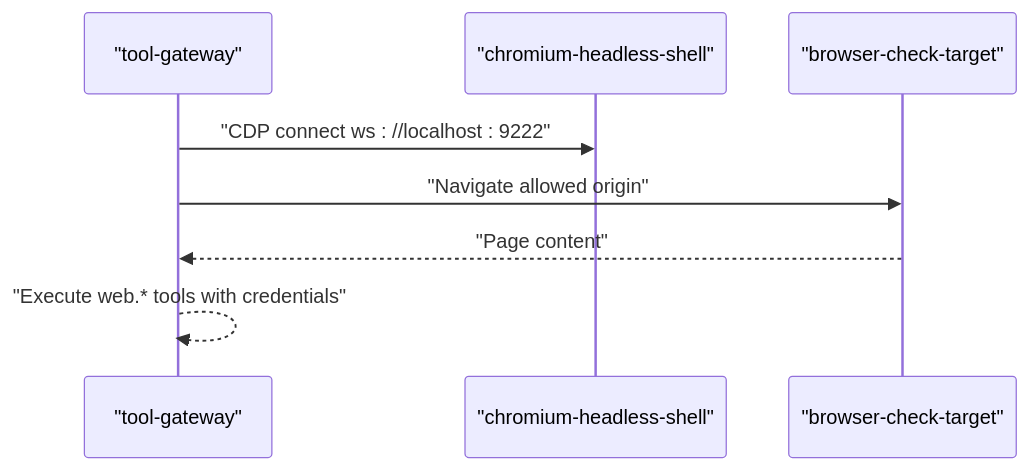
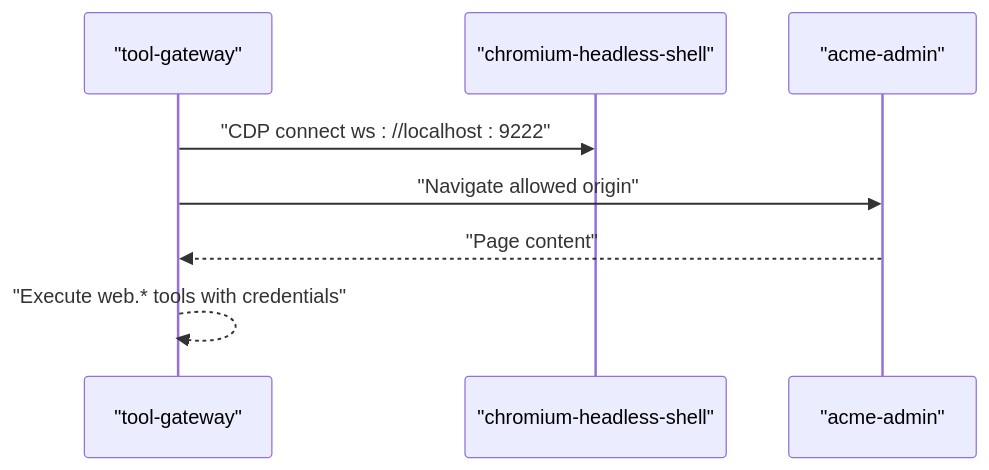
The sixth of 7 diagrams in .qoder/repowiki/en/content/Deployment and Operations/Kubernetes Deployment/Kubernetes Deployment.md (metasync/luban-aiops), drawn with Mermaid before and after one commit. The commit also changed other lines of this file and 102 other files, not shown here.

````diff
--- a/.qoder/repowiki/en/content/Deployment and Operations/Kubernetes Deployment/Kubernetes Deployment.md
+++ b/.qoder/repowiki/en/content/Deployment and Operations/Kubernetes Deployment/Kubernetes Deployment.md
@@ -259,10 +270,10 @@
 ```mermaid
 sequenceDiagram
 participant TGW as "tool-gateway"
 participant Browser as "chromium-headless-shell"
-participant Target as "browser-check-target"
+participant AcmeAdmin as "acme-admin"
 TGW->>Browser : "CDP connect ws : //localhost : 9222"
-TGW->>Target : "Navigate allowed origin"
-Target-->>TGW : "Page content"
+TGW->>AcmeAdmin : "Navigate allowed origin"
+AcmeAdmin-->>TGW : "Page content"
 TGW-->>TGW : "Execute web.* tools with credentials"
 ```
````
